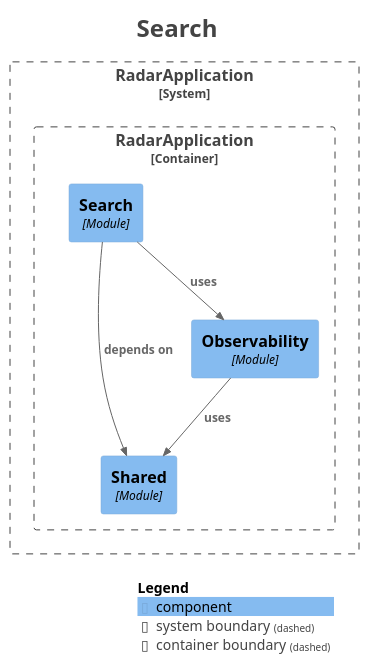
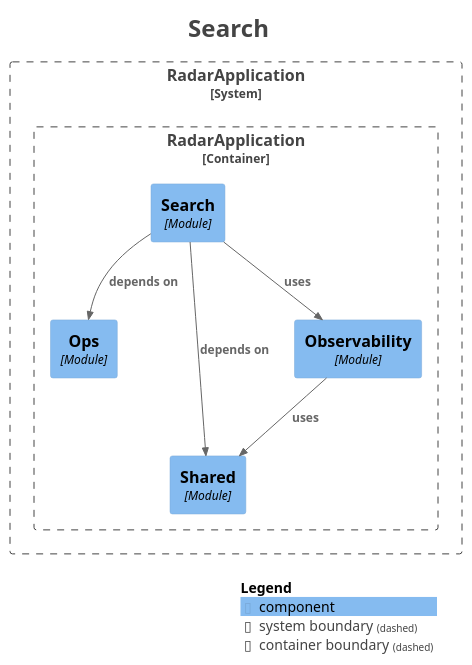
The diagram in docs/modules/module-search.puml (MiguelSanzBr/radar-licitacoes), drawn with PlantUML before and after one commit. The commit also changed 118 other files, not shown here.

```diff
--- a/docs/modules/module-search.puml
+++ b/docs/modules/module-search.puml
@@ -1,33 +1,35 @@
 @startuml
 title <size:24>Search</size>
 
 set separator none
 top to bottom direction
 
 <style>
   root {
     BackgroundColor: #ffffff
     FontColor: #444444
   }
 </style>
 
 !include <C4/C4>
 !include <C4/C4_Context>
 !include <C4/C4_Component>
 
 System_Boundary("RadarApplication_boundary", "RadarApplication", $tags="") {
   Container_Boundary("RadarApplication.RadarApplication_boundary", "RadarApplication", $tags="") {
+    Component(RadarApplication.RadarApplication.Ops, "Ops", $techn="Module", $descr="", $tags="", $link="")
     Component(RadarApplication.RadarApplication.Shared, "Shared", $techn="Module", $descr="", $tags="", $link="")
     Component(RadarApplication.RadarApplication.Observability, "Observability", $techn="Module", $descr="", $tags="", $link="")
     Component(RadarApplication.RadarApplication.Search, "Search", $techn="Module", $descr="", $tags="", $link="")
   }
 
 }
 
+Rel(RadarApplication.RadarApplication.Observability, RadarApplication.RadarApplication.Shared, "uses", $techn="", $tags="", $link="")
+Rel(RadarApplication.RadarApplication.Search, RadarApplication.RadarApplication.Ops, "depends on", $techn="", $tags="", $link="")
 Rel(RadarApplication.RadarApplication.Search, RadarApplication.RadarApplication.Shared, "depends on", $techn="", $tags="", $link="")
 Rel(RadarApplication.RadarApplication.Search, RadarApplication.RadarApplication.Observability, "uses", $techn="", $tags="", $link="")
-Rel(RadarApplication.RadarApplication.Observability, RadarApplication.RadarApplication.Shared, "uses", $techn="", $tags="", $link="")
 
 SHOW_LEGEND(true)
 hide stereotypes
 @enduml
```
